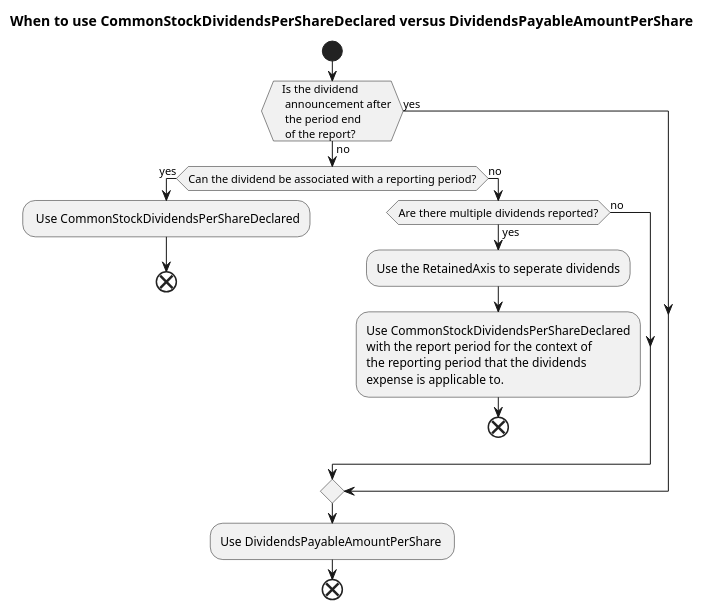
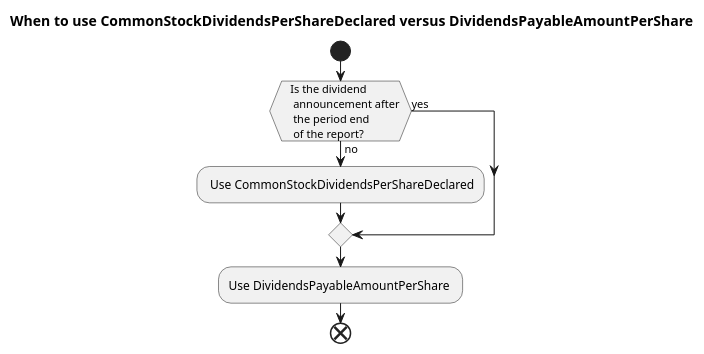
Before and after one commit to DataQualityCommittee/dqc_us_rules: the diagram in guidance/rule-flowcharts/dividends-pershare-flow.plantuml, drawn with PlantUML. The commit also changed 4 other files, not shown here.

Commit message:
Updated guidance flowcharts

```diff
--- a/guidance/rule-flowcharts/dividends-pershare-flow.plantuml
+++ b/guidance/rule-flowcharts/dividends-pershare-flow.plantuml
@@ -1,41 +1,23 @@
 @startuml dividends_Per_Share
 title "When to use CommonStockDividendsPerShareDeclared versus DividendsPayableAmountPerShare"
 !pragma useVerticalIf on
 start
 
  
  if (   Is the dividend 
     announcement after
     the period end
     of the report?) then (no)
-    if (Can the dividend be associated with a reporting period?) then (yes)
+   
        : Use CommonStockDividendsPerShareDeclared;
-       end                     
-    else (no)
-        
-    if (Are there multiple dividends reported?) then (yes)
-        :Use the RetainedAxis to seperate dividends;
-        :Use CommonStockDividendsPerShareDeclared 
-        with the report period for the context of
-        the reporting period that the dividends
-        expense is applicable to.;
-        end 
-    else (no)
-    endif
-                        
-    endif
-
-     
+      
  else (yes)
     endif 
 
                 :Use DividendsPayableAmountPerShare ;
                
-                
-                
-
-            
+                        
     
 end
 
 @enduml
```
